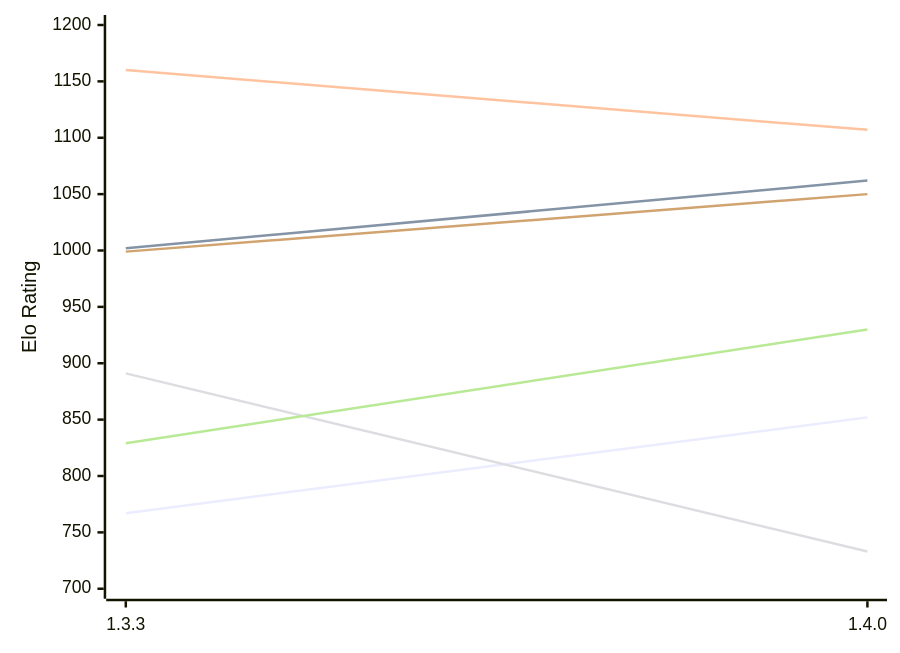
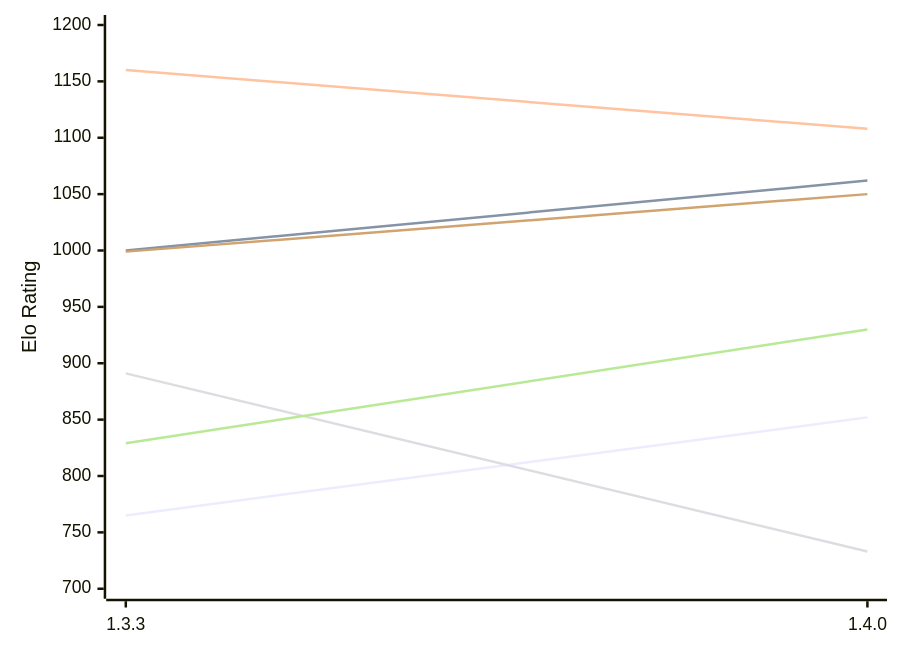
Before and after one commit to computer-chess-index/cci: the first of 2 diagrams in engines/Whitespine.md, drawn with Mermaid. The commit also changed other lines of this file, not shown here.

Commit message:
Update CCI Ratings (ELO VLTC) - 2026-11-27

````diff
--- a/engines/Whitespine.md
+++ b/engines/Whitespine.md
@@ -51,12 +51,12 @@
 ```mermaid
 %%{init: {"theme":"base","themeVariables":{"seriesColors:['#a3a3a3','#222221','#faa371']}}}%%
 xychart-beta
   x-axis ["1.3.3", "1.4.0"]
   y-axis "Elo Rating" 700 --> 1200
-  line "E1: STC (8.0+0.08s)" [767, 852]
-  line "E1: LTC (60.0+0.60s)" [1002, 1062]
-  line "E1: VLTC (2m24s+1.12s)" [1160, 1107]
+  line "E1: STC (8.0+0.08s)" [765, 852]
+  line "E1: LTC (60.0+0.60s)" [1000, 1062]
+  line "E1: VLTC (2m24s+1.12s)" [1160, 1108]
   line "P1: STC (8.0+0.08s)" [891, 733]
   line "P1: LTC (60.0+0.60s)" [829, 930]
   line "P1: VLTC (2m24s+1.12s)" [999, 1050]
 ```
````
